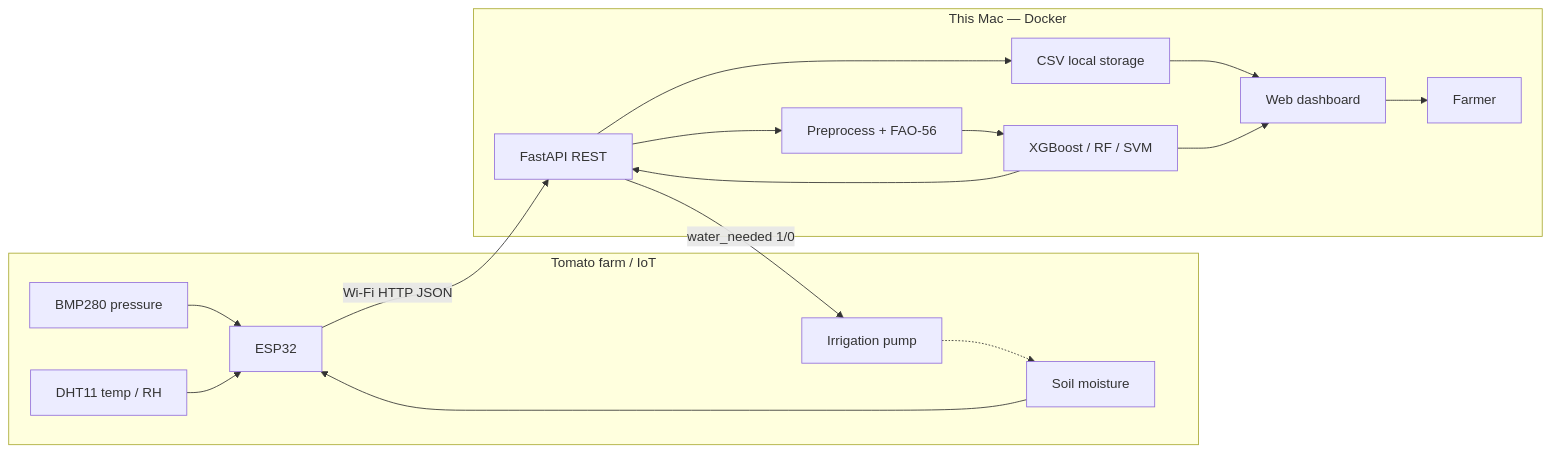
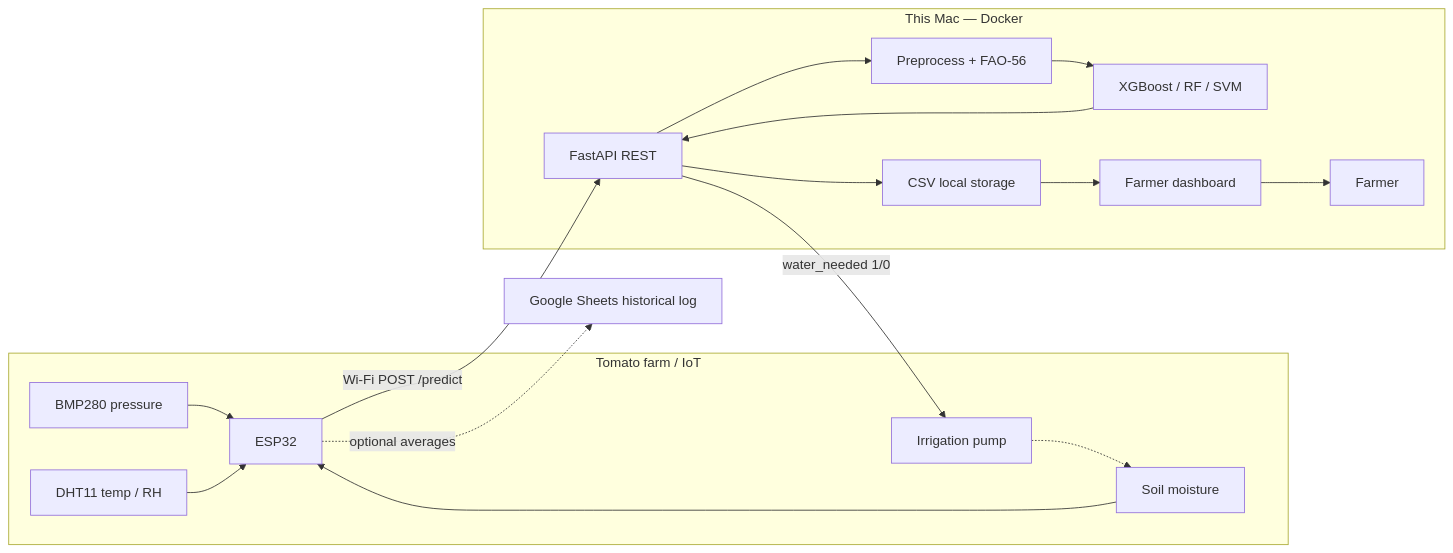
One commit to pramodgiri2468/FYP_Smart_Irrigation_Tomato changed the diagram in README.md. Above: the diagram before and after it, drawn with Mermaid. The commit also changed other lines of this file and 35 other files, not shown here.

````diff
--- a/README.md
+++ b/README.md
@@ -11,32 +13,34 @@
 ```mermaid
 flowchart LR
   subgraph farm["Tomato farm / IoT"]
     bmp[BMP280 pressure]
     dht[DHT11 temp / RH]
     soil[Soil moisture]
     esp[ESP32]
     pump[Irrigation pump]
     bmp --> esp
     dht --> esp
     soil --> esp
     pump -.-> soil
   end
 
-  esp -->|"Wi-Fi HTTP JSON"| api
+  esp -->|"Wi-Fi POST /predict"| api
   api -->|"water_needed 1/0"| pump
+  esp -.->|"optional averages"| sheets
 
   subgraph mac["This Mac — Docker"]
     api[FastAPI REST]
     csv[CSV local storage]
     prep[Preprocess + FAO-56]
     model[XGBoost / RF / SVM]
-    dash[Web dashboard]
+    dash[Farmer dashboard]
     farmer[Farmer]
     api --> csv
     api --> prep --> model
     model --> api
     csv --> dash
-    model --> dash
     dash --> farmer
   end
+
+  sheets[Google Sheets historical log]
 ```
````
